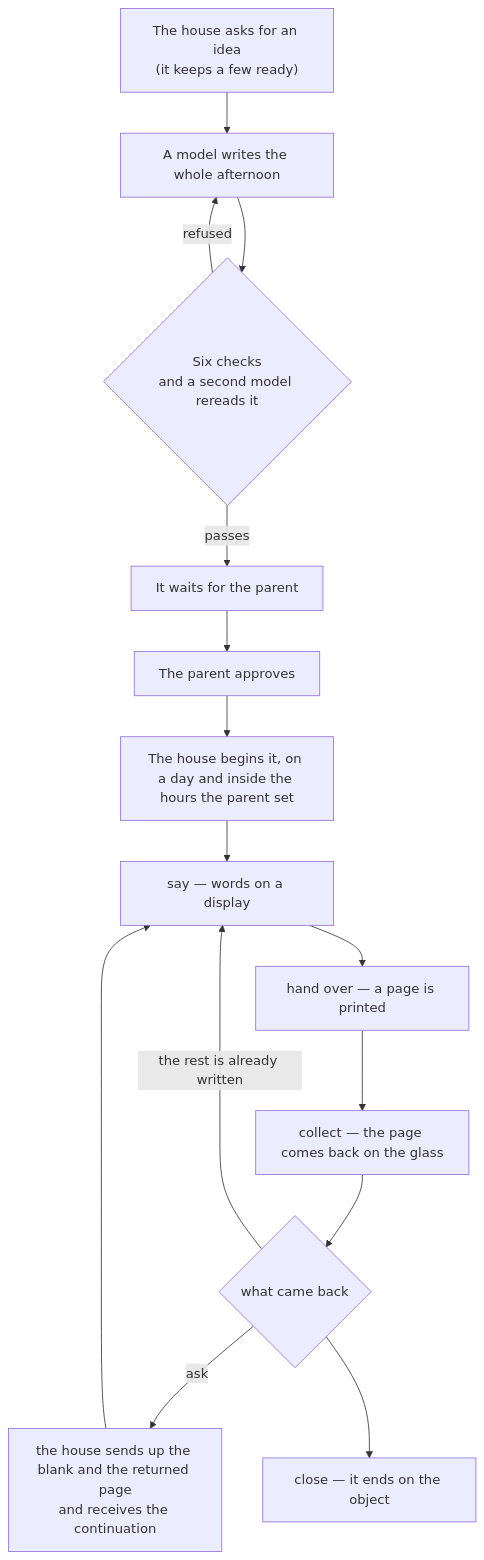
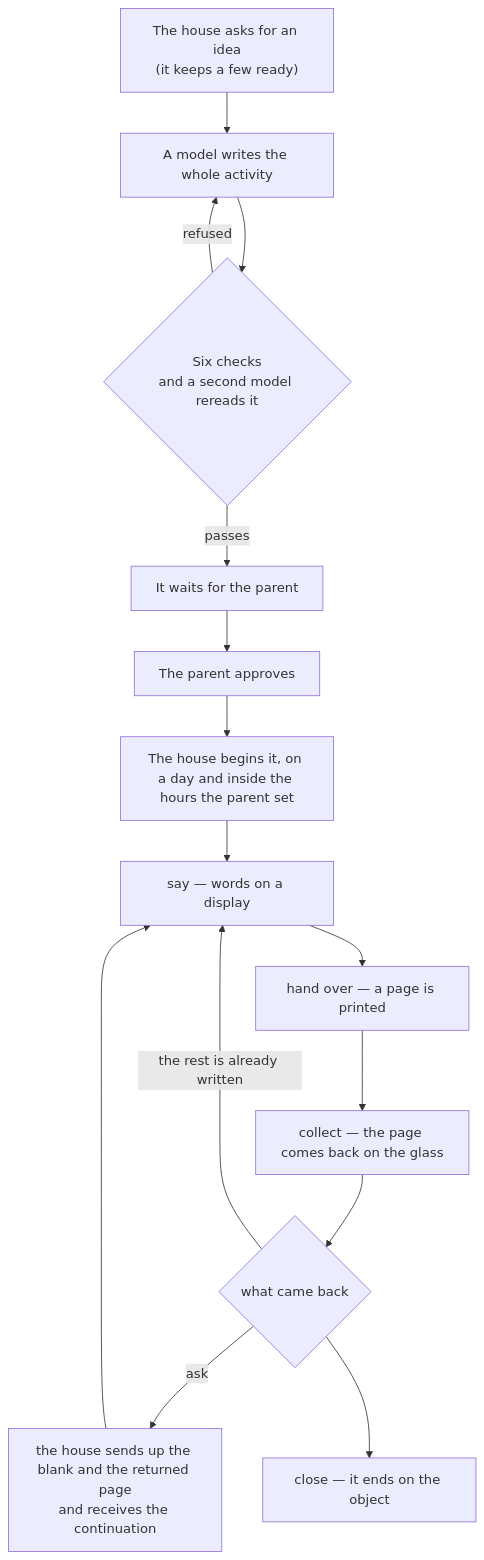
Before and after one commit to faustinopalma/lanternina: the second of 3 diagrams in docs/ILLUSTRATED.md, drawn with Mermaid. The commit also changed other lines of this file and 61 other files, not shown here.

````diff
--- a/docs/ILLUSTRATED.md
+++ b/docs/ILLUSTRATED.md
@@ -87,17 +87,17 @@
 ```mermaid
 flowchart TD
-    A["The house asks for an idea<br/>(it keeps a few ready)"] --> B["A model writes the whole afternoon"]
+    A["The house asks for an idea<br/>(it keeps a few ready)"] --> B["A model writes the whole activity"]
     B --> C{"Six checks<br/>and a second model rereads it"}
     C -- refused --> B
     C -- passes --> D["It waits for the parent"]
     D --> E["The parent approves"]
     E --> F["The house begins it, on a day and inside the hours the parent set"]
     F --> G["say — words on a display"]
     G --> H["hand over — a page is printed"]
     H --> I["collect — the page comes back on the glass"]
     I --> J{"what came back"}
     J -- "the rest is already written" --> G
     J -- "ask" --> K["the house sends up the blank and the returned page<br/>and receives the continuation"]
     K --> G
     J --> L["close — it ends on the object"]
 ```
````
